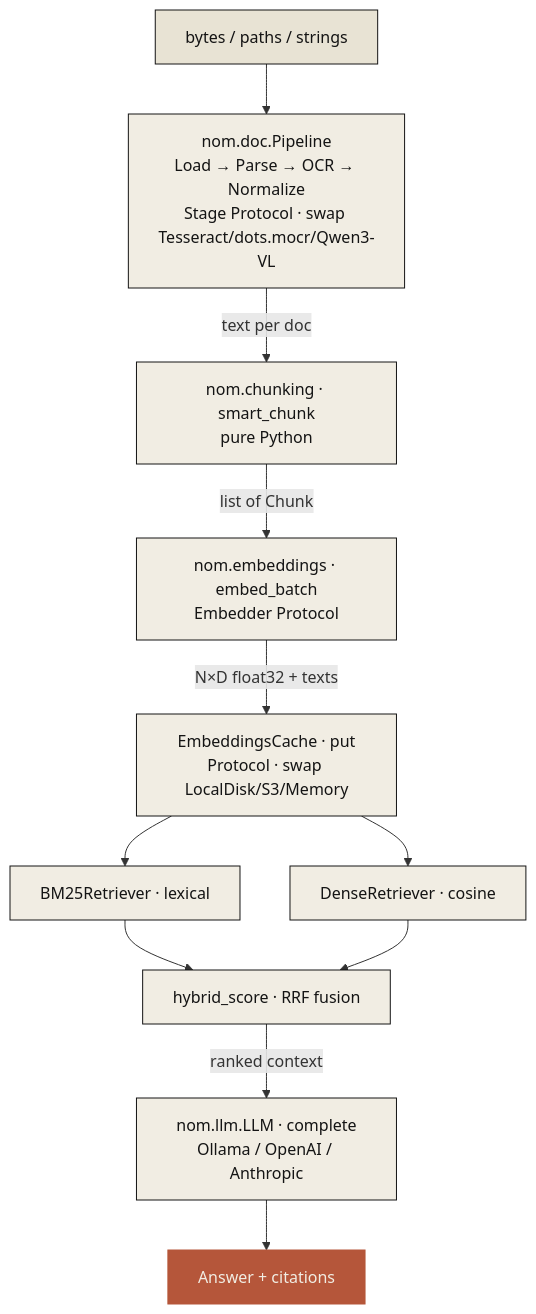
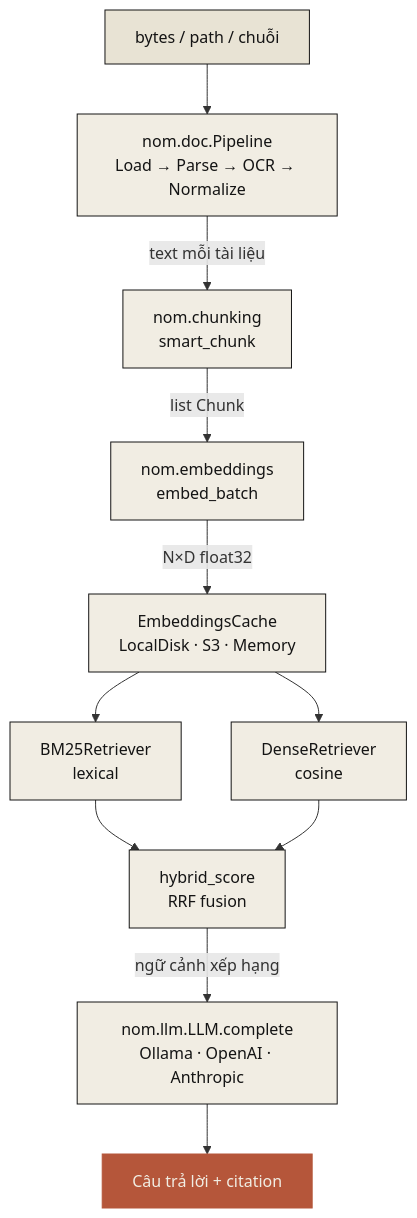
The second of 3 diagrams in docs/architecture.md (nrl-ai/nom-vn), drawn with Mermaid before and after one commit. The commit also changed other lines of this file and 5 other files, not shown here.

````diff
--- a/docs/architecture.md
+++ b/docs/architecture.md
@@ -121,20 +124,20 @@
 ```mermaid
 flowchart TB
-    IN[bytes / paths / strings] --> P1
-    P1[nom.doc.Pipeline<br/>Load → Parse → OCR → Normalize<br/>Stage Protocol · swap Tesseract/dots.mocr/Qwen3-VL] -->|text per doc| P2
-    P2[nom.chunking · smart_chunk<br/>pure Python] -->|list of Chunk| P3
-    P3[nom.embeddings · embed_batch<br/>Embedder Protocol] -->|N×D float32 + texts| P4
-    P4[EmbeddingsCache · put<br/>Protocol · swap LocalDisk/S3/Memory] --> R1
-    R1[BM25Retriever · lexical] --> RR
+    IN[bytes / path / chuỗi] --> P1
+    P1[nom.doc.Pipeline<br/>Load → Parse → OCR → Normalize] -->|text mỗi tài liệu| P2
+    P2[nom.chunking<br/>smart_chunk] -->|list Chunk| P3
+    P3[nom.embeddings<br/>embed_batch] -->|N×D float32| P4
+    P4[EmbeddingsCache<br/>LocalDisk · S3 · Memory] --> R1
+    R1[BM25Retriever<br/>lexical] --> RR
     P4 --> R2
-    R2[DenseRetriever · cosine] --> RR
-    RR[hybrid_score · RRF fusion] -->|ranked context| L
-    L[nom.llm.LLM · complete<br/>Ollama / OpenAI / Anthropic] --> ANS[Answer + citations]
+    R2[DenseRetriever<br/>cosine] --> RR
+    RR[hybrid_score<br/>RRF fusion] -->|ngữ cảnh xếp hạng| L
+    L[nom.llm.LLM.complete<br/>Ollama · OpenAI · Anthropic] --> ANS[Câu trả lời + citation]
 
     classDef stage fill:#f1ede3,stroke:#141414,stroke-width:1px,color:#141414
     classDef io fill:#e8e3d4,stroke:#141414,stroke-width:1px,color:#141414
     classDef out fill:#b5563a,stroke:#b5563a,color:#f1ede3
     class P1,P2,P3,P4,R1,R2,RR,L stage
     class IN io
     class ANS out
 ```
````
